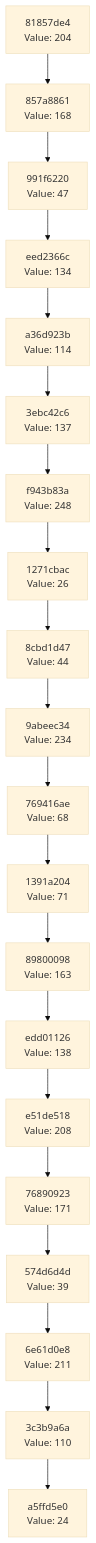
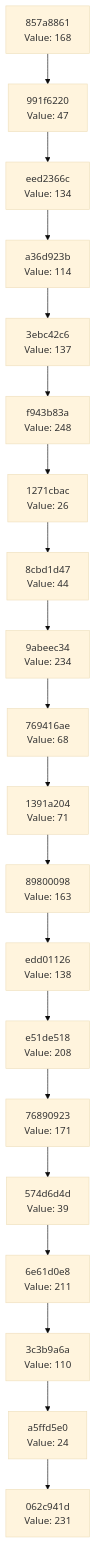
The diagram in docs/CHAIN_VISUALIZATION.md (Abhisheksinha1506/hash-chain-evolver), drawn with Mermaid (base theme) before and after one commit. The commit also changed 3 other files, not shown here.

````diff
--- a/docs/CHAIN_VISUALIZATION.md
+++ b/docs/CHAIN_VISUALIZATION.md
@@ -3,42 +3,42 @@
 ```mermaid
 graph TD
-    C0["a5ffd5e0<br/>Value: 24"]
-    C1["3c3b9a6a<br/>Value: 110"]
+    C0["062c941d<br/>Value: 231"]
+    C1["a5ffd5e0<br/>Value: 24"]
     C1 --> C0
-    C2["6e61d0e8<br/>Value: 211"]
+    C2["3c3b9a6a<br/>Value: 110"]
     C2 --> C1
-    C3["574d6d4d<br/>Value: 39"]
+    C3["6e61d0e8<br/>Value: 211"]
     C3 --> C2
-    C4["76890923<br/>Value: 171"]
+    C4["574d6d4d<br/>Value: 39"]
     C4 --> C3
-    C5["e51de518<br/>Value: 208"]
+    C5["76890923<br/>Value: 171"]
     C5 --> C4
-    C6["edd01126<br/>Value: 138"]
+    C6["e51de518<br/>Value: 208"]
     C6 --> C5
-    C7["89800098<br/>Value: 163"]
+    C7["edd01126<br/>Value: 138"]
     C7 --> C6
-    C8["1391a204<br/>Value: 71"]
+    C8["89800098<br/>Value: 163"]
     C8 --> C7
-    C9["769416ae<br/>Value: 68"]
+    C9["1391a204<br/>Value: 71"]
     C9 --> C8
-    C10["9abeec34<br/>Value: 234"]
+    C10["769416ae<br/>Value: 68"]
     C10 --> C9
-    C11["8cbd1d47<br/>Value: 44"]
+    C11["9abeec34<br/>Value: 234"]
     C11 --> C10
-    C12["1271cbac<br/>Value: 26"]
+    C12["8cbd1d47<br/>Value: 44"]
     C12 --> C11
-    C13["f943b83a<br/>Value: 248"]
+    C13["1271cbac<br/>Value: 26"]
     C13 --> C12
-    C14["3ebc42c6<br/>Value: 137"]
+    C14["f943b83a<br/>Value: 248"]
     C14 --> C13
-    C15["a36d923b<br/>Value: 114"]
+    C15["3ebc42c6<br/>Value: 137"]
     C15 --> C14
-    C16["eed2366c<br/>Value: 134"]
+    C16["a36d923b<br/>Value: 114"]
     C16 --> C15
-    C17["991f6220<br/>Value: 47"]
+    C17["eed2366c<br/>Value: 134"]
     C17 --> C16
-    C18["857a8861<br/>Value: 168"]
+    C18["991f6220<br/>Value: 47"]
     C18 --> C17
-    C19["81857de4<br/>Value: 204"]
+    C19["857a8861<br/>Value: 168"]
     C19 --> C18
 ```
````
